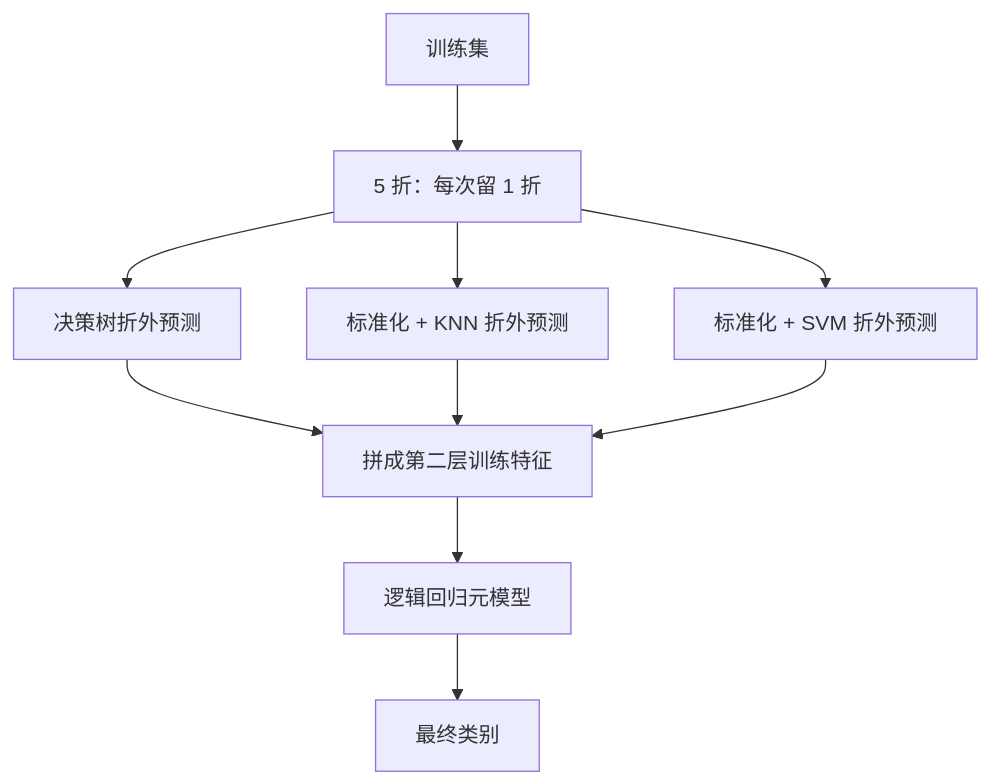
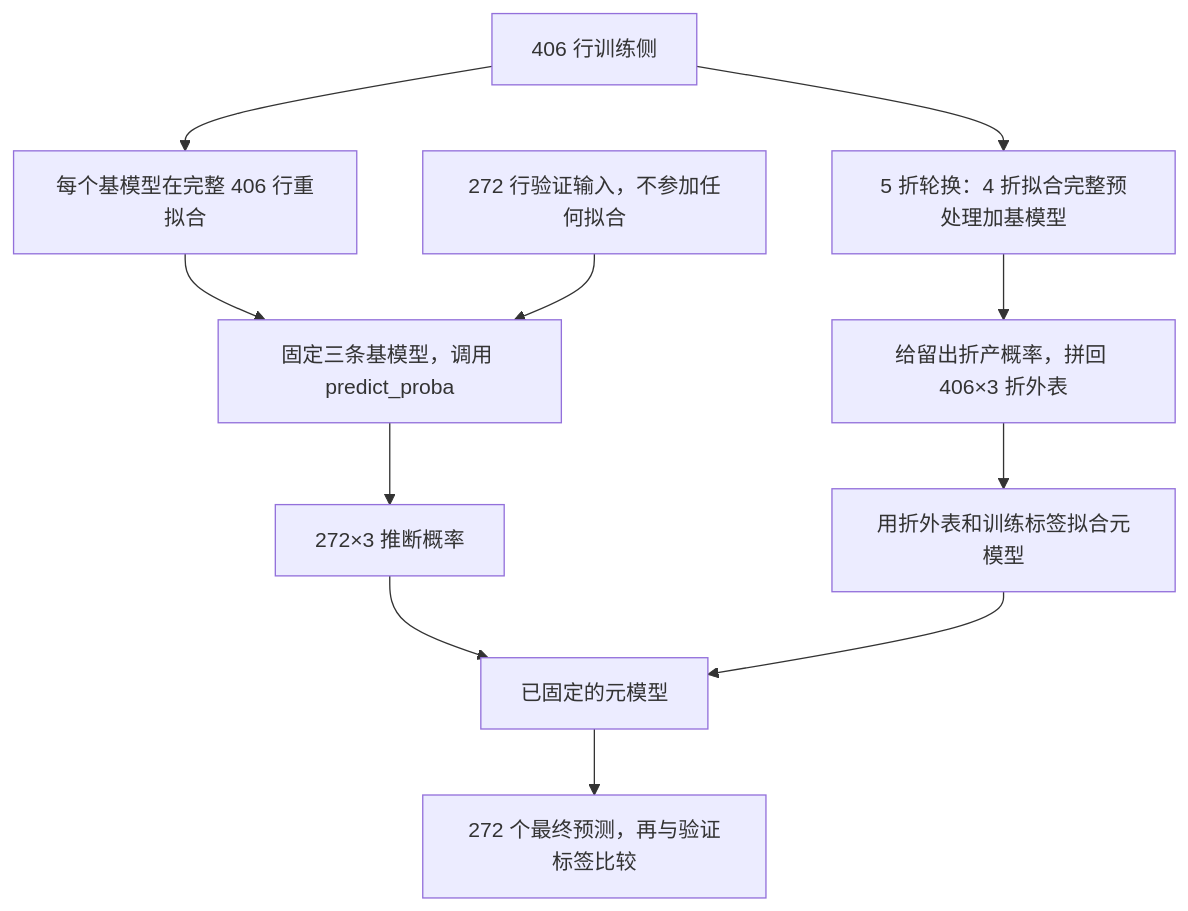
One commit to CercaTrovato/cityu-ai-course-notes changed the third of 4 diagrams in IS6400_Business_Data_Analytics/notes/T07-分类实战-信用审批与欺诈识别.md. Above: the diagram before and after it, drawn with Mermaid. The commit also changed other lines of this file and 249 other files, not shown here.

````diff
--- a/IS6400_Business_Data_Analytics/notes/T07-分类实战-信用审批与欺诈识别.md
+++ b/IS6400_Business_Data_Analytics/notes/T07-分类实战-信用审批与欺诈识别.md
@@ -514,12 +601,13 @@
 ```mermaid
 flowchart TD
-    A["训练集"] --> CV["5 折：每次留 1 折"]
-    CV --> D["决策树折外预测"]
-    CV --> K["标准化 + KNN 折外预测"]
-    CV --> S["标准化 + SVM 折外预测"]
-    D --> Z["拼成第二层训练特征"]
-    K --> Z
-    S --> Z
-    Z --> L["逻辑回归元模型"]
-    L --> O["最终类别"]
+    A["406 行训练侧"] --> CV["5 折轮换：4 折拟合完整预处理加基模型"]
+    CV --> Z["给留出折产概率，拼回 406×3 折外表"]
+    Z --> L["用折外表和训练标签拟合元模型"]
+    A --> R["每个基模型在完整 406 行重拟合"]
+    R --> I["固定三条基模型，调用 predict_proba"]
+    T["272 行验证输入，不参加任何拟合"] --> I
+    I --> Q["272×3 推断概率"]
+    Q --> P["已固定的元模型"]
+    L --> P
+    P --> O["272 个最终预测，再与验证标签比较"]
 ```
````
